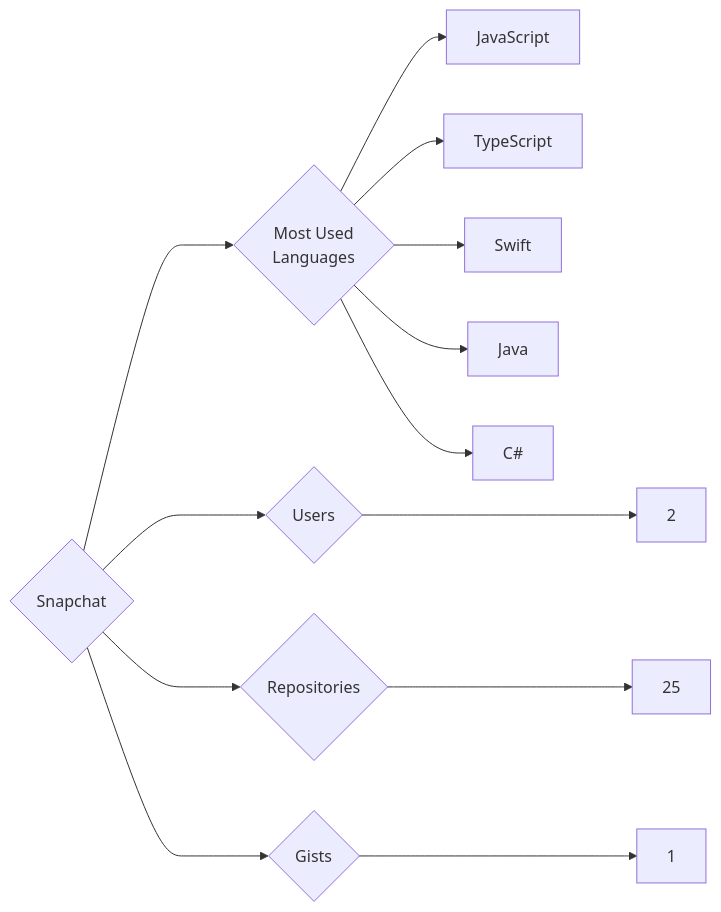
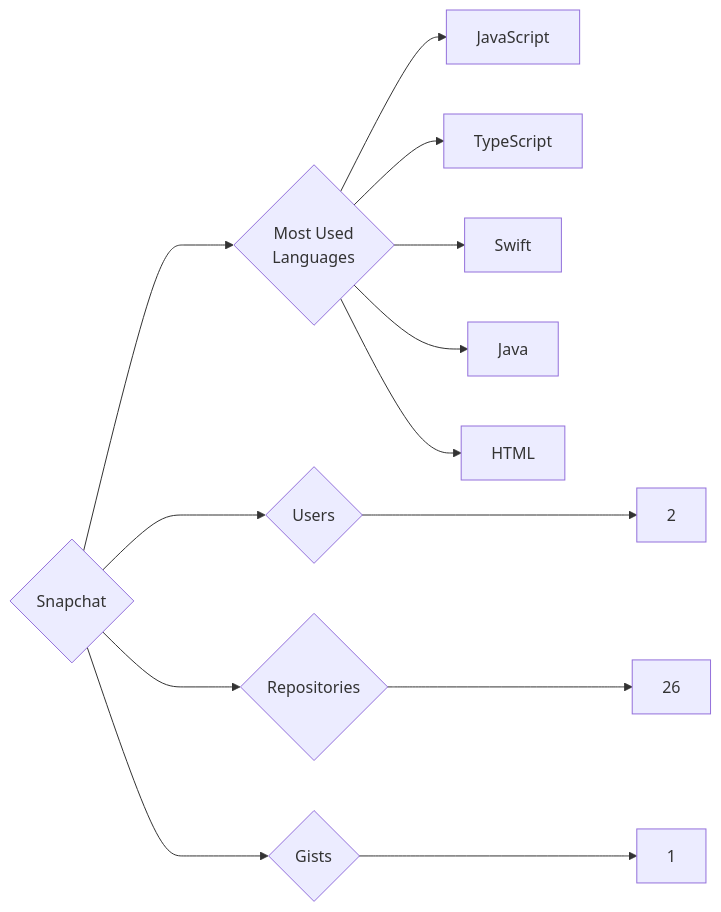
The diagram in targets/Snapchat/README.md (trickest/insiders), drawn with Mermaid before and after one commit. The commit also changed 797 other files, not shown here.

````diff
--- a/targets/Snapchat/README.md
+++ b/targets/Snapchat/README.md
@@ -3,13 +3,13 @@
 ```mermaid
 graph LR
 COMPANY_NAME{Snapchat}
 COMPANY_NAME ---> U{Users} ---> UN[2]
-COMPANY_NAME ---> R{Repositories} ---> RN[25]
+COMPANY_NAME ---> R{Repositories} ---> RN[26]
 COMPANY_NAME ---> G{Gists} ---> GN[1]
 COMPANY_NAME ---> ML{Most Used<br>Languages}
 ML --> JavaScript[JavaScript]
 ML --> TypeScript[TypeScript]
 ML --> Swift[Swift]
 ML --> Java[Java]
-ML --> C#[C#]
+ML --> HTML[HTML]
 ```
````
